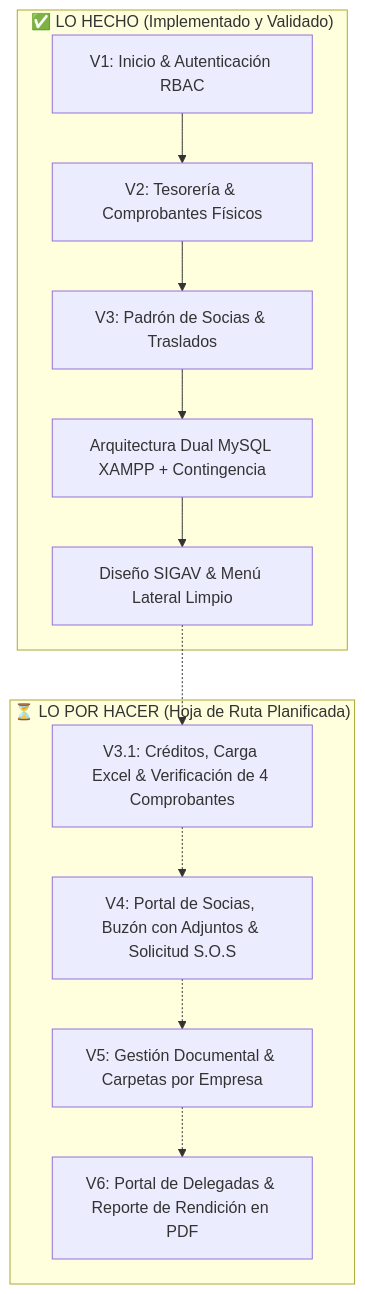
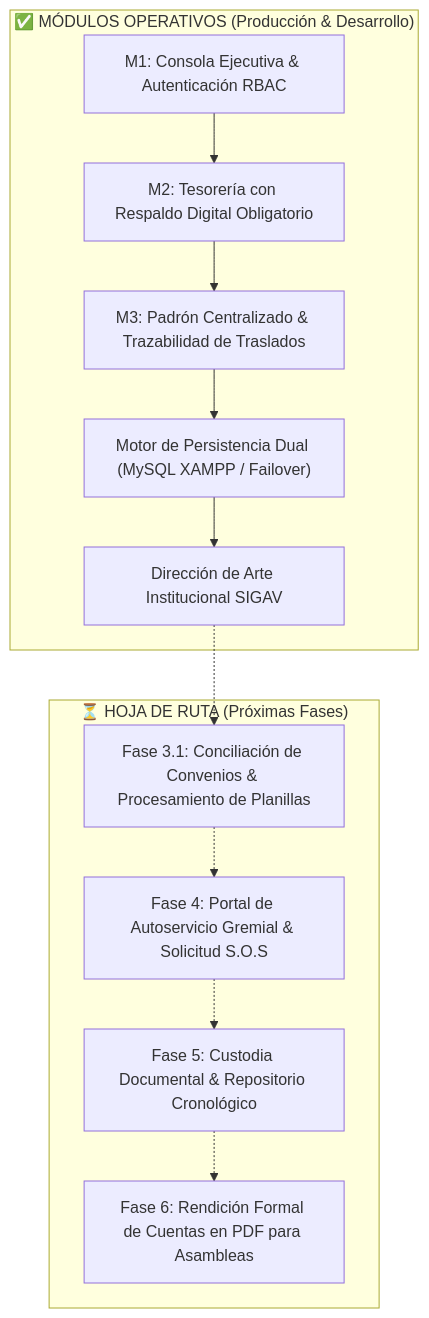
One commit to swix14/dashboard changed the diagram in README.md. Above: the diagram before and after it, drawn with Mermaid. The commit also changed other lines of this file, not shown here.

Commit message:
docs(readme): formalizar documentacion institucional y proteger confidencialidad de datos

````diff
--- a/README.md
+++ b/README.md
@@ -38,26 +50,26 @@
 ```mermaid
 graph TD
-    subgraph Hecho ["✅ LO HECHO (Implementado y Validado)"]
-        V1["V1: Inicio & Autenticación RBAC"]
-        V2["V2: Tesorería & Comprobantes Físicos"]
-        V3["V3: Padrón de Socias & Traslados"]
-        ARCH["Arquitectura Dual MySQL XAMPP + Contingencia"]
-        UI["Diseño SIGAV & Menú Lateral Limpio"]
+    subgraph Operativos ["✅ MÓDULOS OPERATIVOS (Producción & Desarrollo)"]
+        M1["M1: Consola Ejecutiva & Autenticación RBAC"]
+        M2["M2: Tesorería con Respaldo Digital Obligatorio"]
+        M3["M3: Padrón Centralizado & Trazabilidad de Traslados"]
+        ARCH["Motor de Persistencia Dual (MySQL XAMPP / Failover)"]
+        UI["Dirección de Arte Institucional SIGAV"]
     end
 
-    subgraph PorHacer ["⏳ LO POR HACER (Hoja de Ruta Planificada)"]
-        V31["V3.1: Créditos, Carga Excel & Verificación de 4 Comprobantes"]
-        V4["V4: Portal de Socias, Buzón con Adjuntos & Solicitud S.O.S"]
-        V5["V5: Gestión Documental & Carpetas por Empresa"]
-        V6["V6: Portal de Delegadas & Reporte de Rendición en PDF"]
+    subgraph Planificados ["⏳ HOJA DE RUTA (Próximas Fases)"]
+        M31["Fase 3.1: Conciliación de Convenios & Procesamiento de Planillas"]
+        M4["Fase 4: Portal de Autoservicio Gremial & Solicitud S.O.S"]
+        M5["Fase 5: Custodia Documental & Repositorio Cronológico"]
+        M6["Fase 6: Rendición Formal de Cuentas en PDF para Asambleas"]
     end
 
-    V1 --> V2
-    V2 --> V3
-    V3 --> ARCH
+    M1 --> M2
+    M2 --> M3
+    M3 --> ARCH
     ARCH --> UI
-    UI -.-> V31
-    V31 -.-> V4
-    V4 -.-> V5
-    V5 -.-> V6
+    UI -.-> M31
+    M31 -.-> M4
+    M4 -.-> M5
+    M5 -.-> M6
 ```
````
